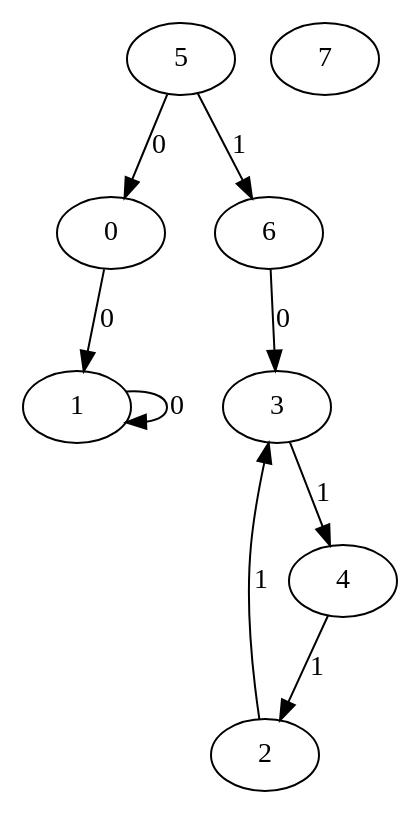
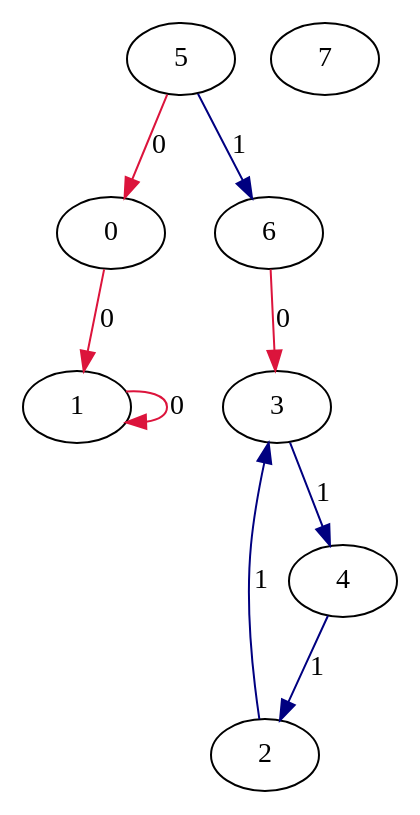
Before and after one commit to sguha100/bachelor-thesis: the diagram in thesis/lts01.dot, drawn with Graphviz. The commit also changed 3 other files, not shown here.

```diff
--- a/thesis/lts01.dot
+++ b/thesis/lts01.dot
@@ -1,18 +1,18 @@
 digraph {
 "5";
 "0";
 "1";
 "6";
 "2";
 "3";
 "4";
 "7";
-"5" -> "0" [label = "0"]
-"0" -> "1" [label = "0"]
-"1" -> "1" [label = "0"]
-"5" -> "6" [label = "1"]
-"4" -> "2" [label = "1"]
-"6" -> "3" [label = "0"]
-"2" -> "3" [label = "1"]
-"3" -> "4" [label = "1"]
+"5" -> "0" [label = "0",color=crimson]
+"0" -> "1" [label = "0",color=crimson]
+"1" -> "1" [label = "0",color=crimson]
+"5" -> "6" [label = "1",color=navy]
+"4" -> "2" [label = "1",color=navy]
+"6" -> "3" [label = "0",color=crimson]
+"2" -> "3" [label = "1",color=navy]
+"3" -> "4" [label = "1",color=navy]
 }
```
